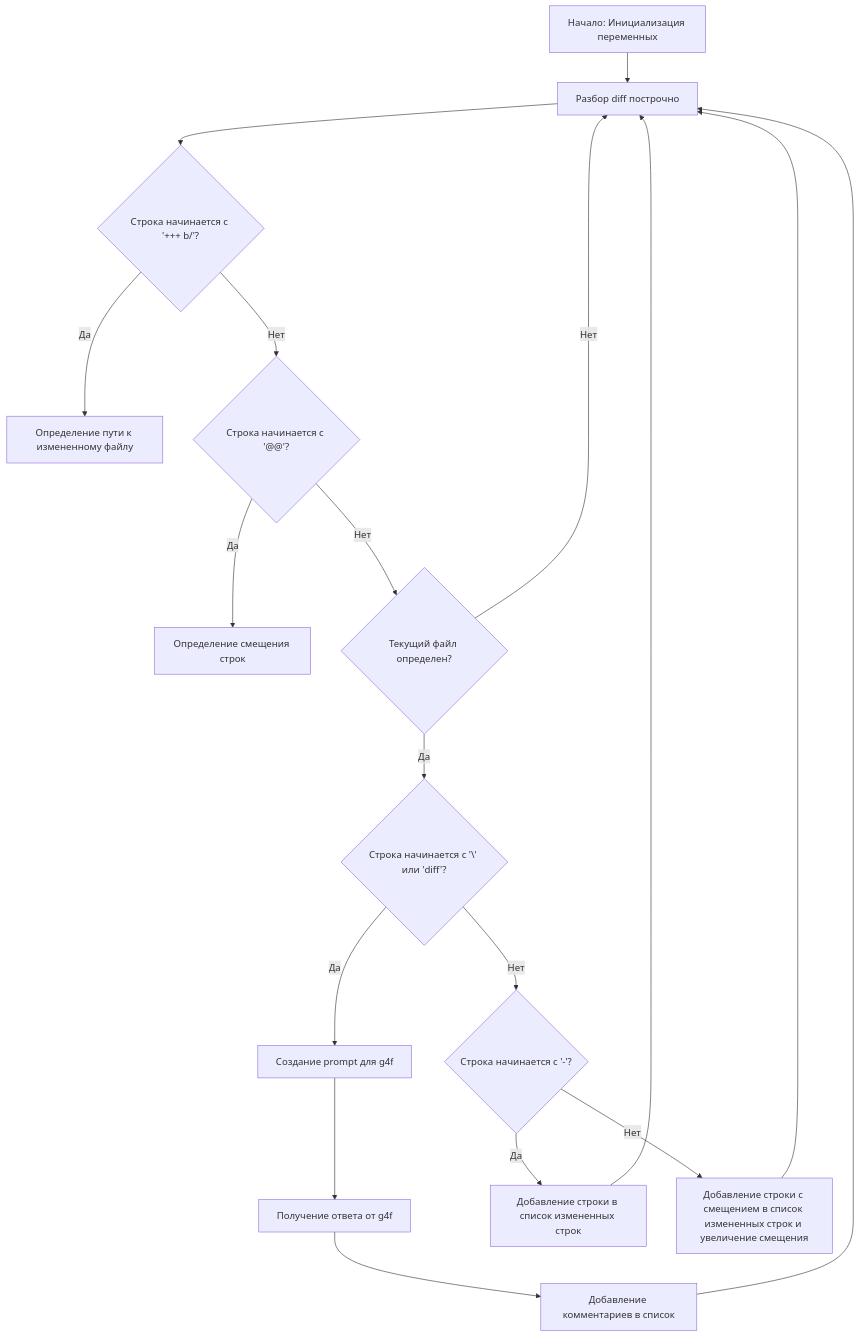
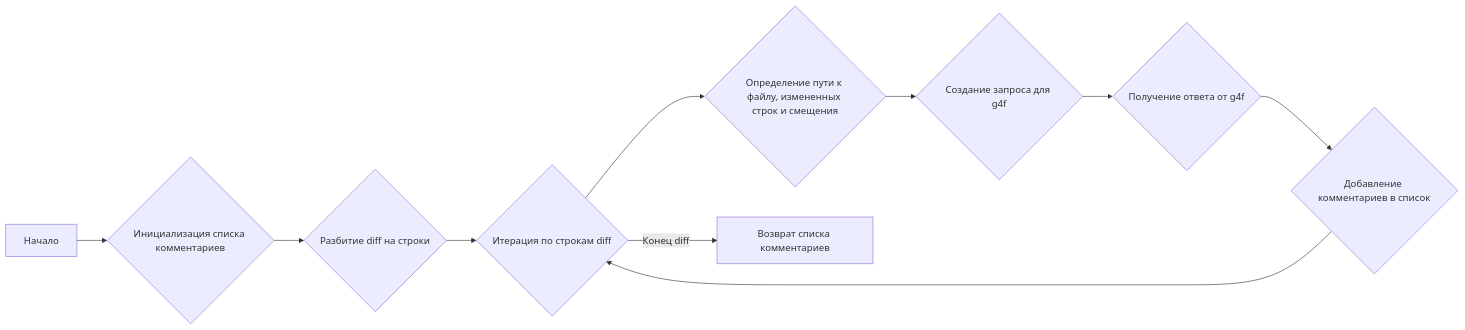
One commit to hypo69/hypotez changed the sixth of 8 diagrams in docs/ru/src/endpoints/gpt4free/etc/tool/copilot.py.md. Above: the diagram before and after it, drawn with Mermaid. The commit also changed other lines of this file and 1431 other files, not shown here.

````diff
--- a/docs/ru/src/endpoints/gpt4free/etc/tool/copilot.py.md
+++ b/docs/ru/src/endpoints/gpt4free/etc/tool/copilot.py.md
@@ -292,20 +248,12 @@
 ```mermaid
-graph TD
-    A[Начало: Инициализация переменных] --> B[Разбор diff построчно];
-    B --> C{Строка начинается с '+++ b/'?};
-    C -- Да --> D[Определение пути к измененному файлу];
-    C -- Нет --> E{Строка начинается с '@@'?};
-    E -- Да --> F[Определение смещения строк];
-    E -- Нет --> G{Текущий файл определен?};
-    G -- Да --> H{Строка начинается с '\' или 'diff'?};
-    H -- Да --> I[Создание prompt для g4f];
-    I --> J[Получение ответа от g4f];
-    J --> K[Добавление комментариев в список];
-    H -- Нет --> L{Строка начинается с '-'?};
-    L -- Да --> M[Добавление строки в список измененных строк];
-    L -- Нет --> N[Добавление строки с смещением в список измененных строк и увеличение смещения];
-    G -- Нет --> B;
-    K --> B;
-    M --> B;
-    N --> B;
+graph LR
+A[Начало] --> B{Инициализация списка комментариев};
+B --> C{Разбитие diff на строки};
+C --> D{Итерация по строкам diff};
+D --> E{Определение пути к файлу, измененных строк и смещения};
+E --> F{Создание запроса для g4f};
+F --> G{Получение ответа от g4f};
+G --> H{Добавление комментариев в список};
+H --> D;
+D -- Конец diff --> I[Возврат списка комментариев];
 ```
````
